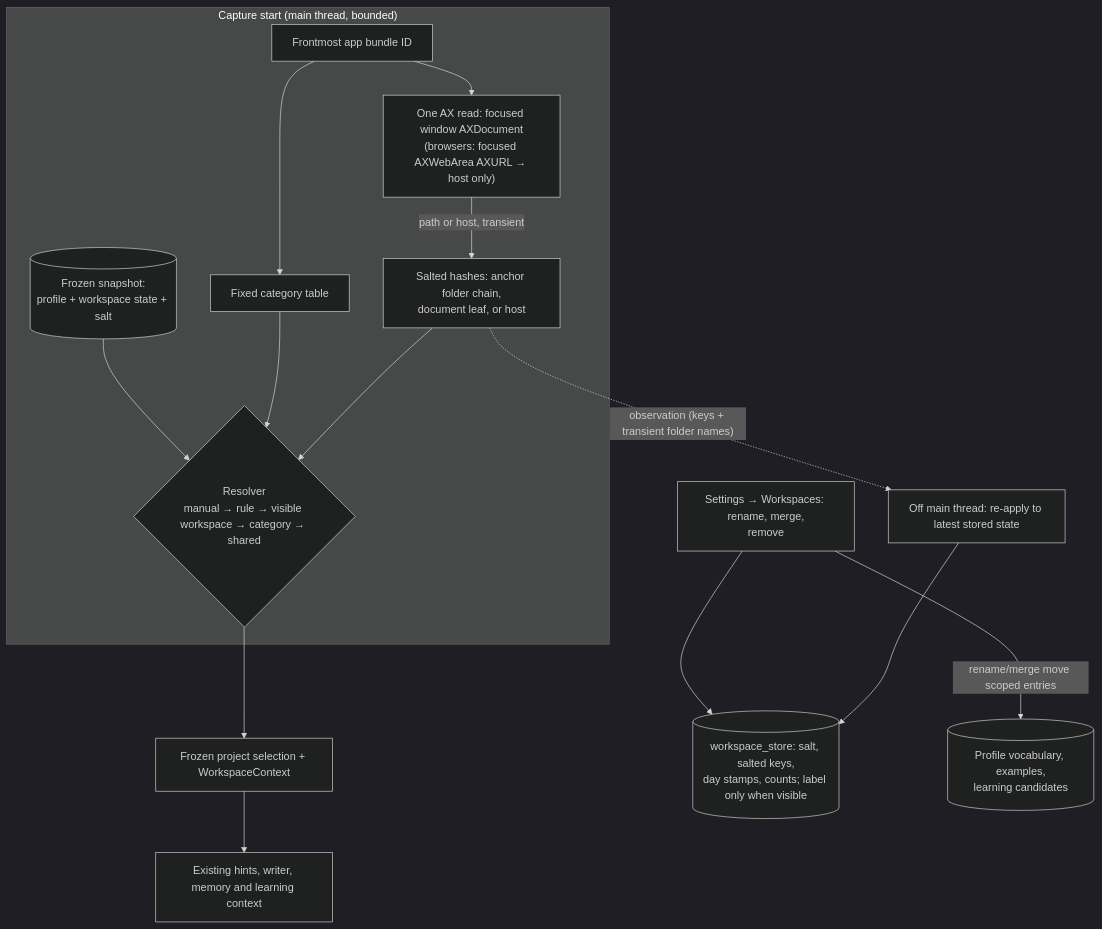
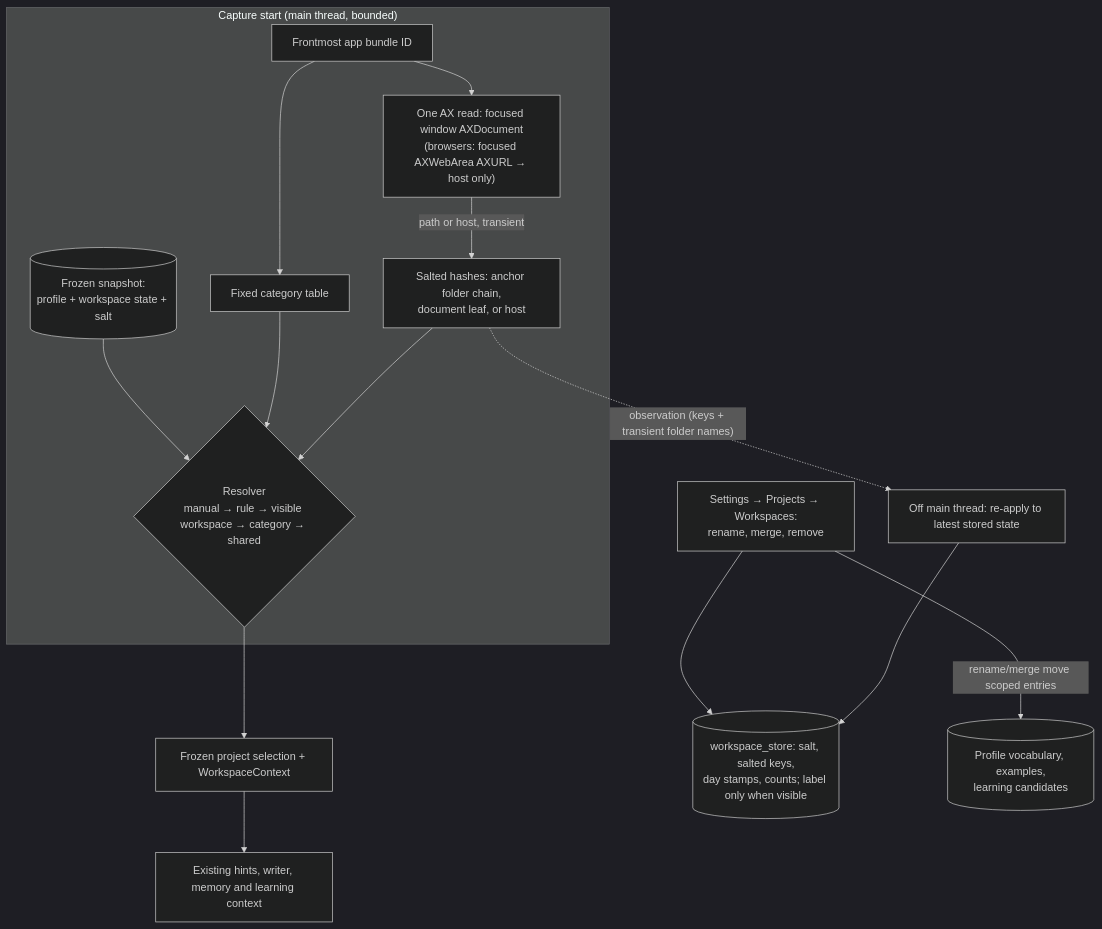
The second of 2 diagrams in docs/personalization/context-selection.md (rahulsharmavishwakarma/vesper), drawn with Mermaid (dark theme) before and after one commit. The commit also changed 3 other files, not shown here.

````diff
--- a/docs/personalization/context-selection.md
+++ b/docs/personalization/context-selection.md
@@ -176,17 +176,17 @@
 ```mermaid
 flowchart TB
   subgraph Main["Capture start (main thread, bounded)"]
     APP["Frontmost app bundle ID"] --> CAT["Fixed category table"]
     APP --> AX["One AX read: focused window AXDocument<br/>(browsers: focused AXWebArea AXURL → host only)"]
     AX -->|path or host, transient| OBS["Salted hashes: anchor folder chain,<br/>document leaf, or host"]
     OBS --> RES{"Resolver<br/>manual → rule → visible workspace → category → shared"}
     CAT --> RES
     SNAP[("Frozen snapshot:<br/>profile + workspace state + salt")] --> RES
   end
   RES --> SEL["Frozen project selection + WorkspaceContext"]
   SEL --> PIPE["Existing hints, writer, memory and learning context"]
   OBS -. "observation (keys + transient folder names)" .-> BG["Off main thread: re-apply to latest stored state"]
   BG --> STORE[("workspace_store: salt, salted keys,<br/>day stamps, counts; label only when visible")]
-  UI["Settings → Workspaces: rename, merge,<br/>remove"] --> STORE
+  UI["Settings → Projects → Workspaces:<br/>rename, merge, remove"] --> STORE
   UI -->|"rename/merge move scoped entries"| PROF[("Profile vocabulary, examples,<br/>learning candidates")]
 ```
````
